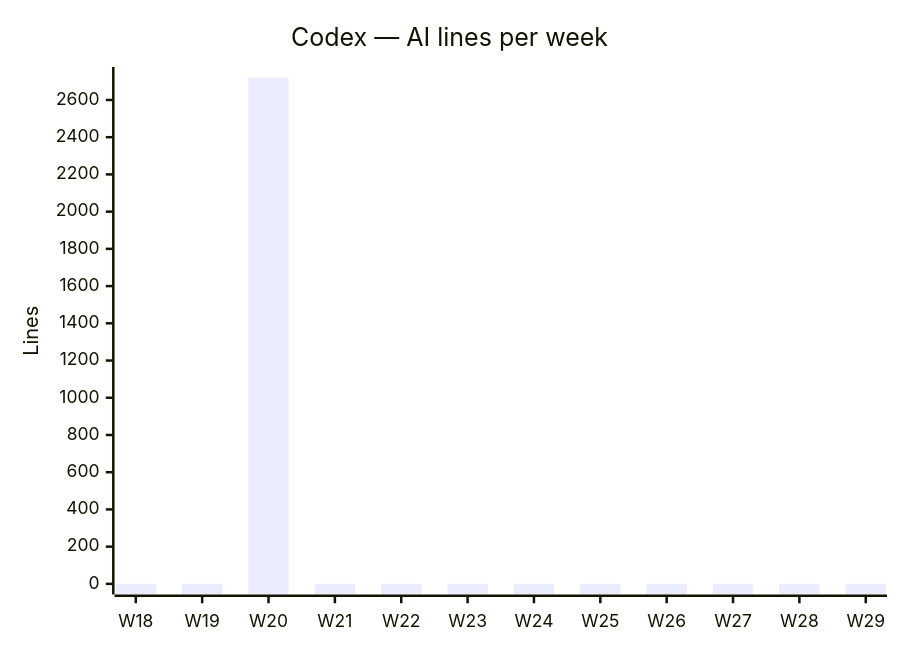
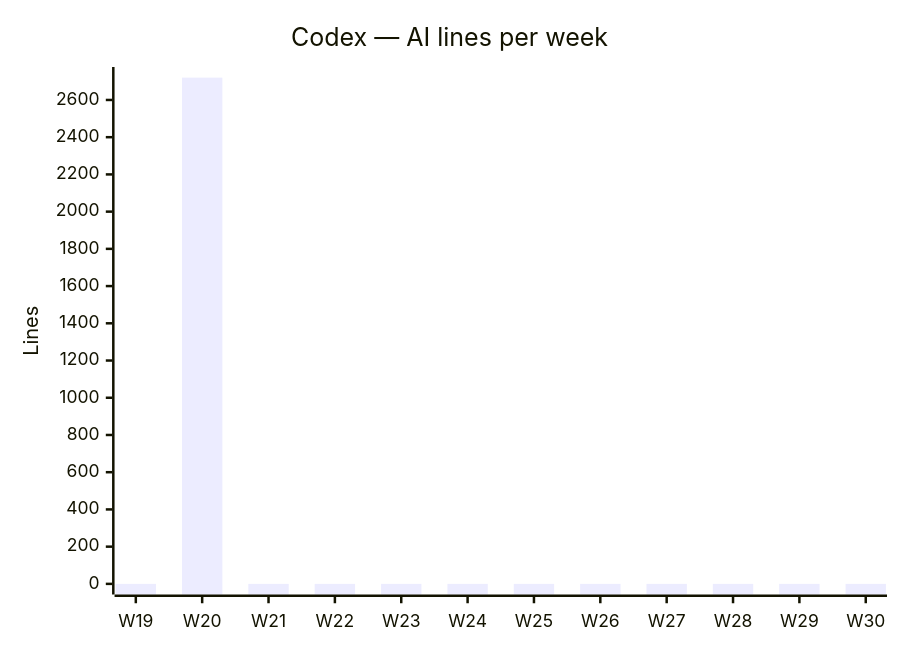
Before and after one commit to fromwaydowntown/ai-use: the third of 4 diagrams in docs/AI_USAGE.md, drawn with Mermaid. The commit also changed other lines of this file, not shown here.

````diff
--- a/docs/AI_USAGE.md
+++ b/docs/AI_USAGE.md
@@ -39,7 +39,7 @@
 ```mermaid
 xychart-beta
     title "Codex — AI lines per week"
-    x-axis ["W18", "W19", "W20", "W21", "W22", "W23", "W24", "W25", "W26", "W27", "W28", "W29"]
+    x-axis ["W19", "W20", "W21", "W22", "W23", "W24", "W25", "W26", "W27", "W28", "W29", "W30"]
     y-axis "Lines"
-    bar [0, 0, 2720, 0, 0, 0, 0, 0, 0, 0, 0, 0]
+    bar [0, 2720, 0, 0, 0, 0, 0, 0, 0, 0, 0, 0]
 ```
````
